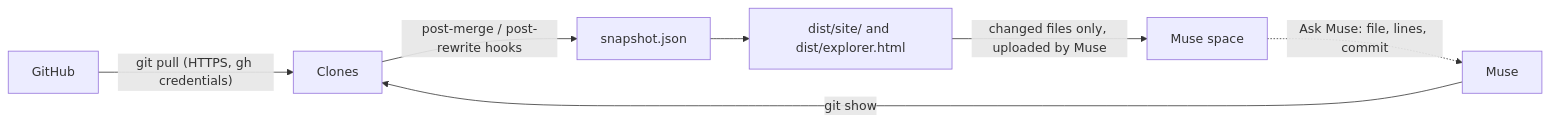
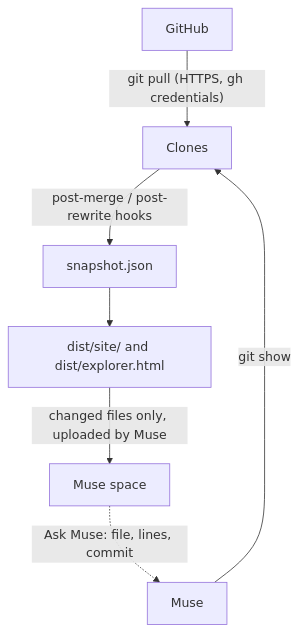
The diagram in docs/architecture.md (masato-umeno/muse-repo-explorer), drawn with Mermaid before and after one commit. The commit also changed 1 other file, not shown here.

Commit message:
Explorer: keep sticky offsets in sync with the header height; docs: vertical data-flow diagram

````diff
--- a/docs/architecture.md
+++ b/docs/architecture.md
@@ -14,9 +14,9 @@
 ```mermaid
-flowchart LR
+flowchart TB
   GH[GitHub] -- "git pull (HTTPS, gh credentials)" --> CL[Clones]
   CL -- "post-merge / post-rewrite hooks" --> SN[snapshot.json]
   SN --> DI["dist/site/ and dist/explorer.html"]
   DI -- "changed files only, uploaded by Muse" --> SP[Muse space]
   SP -. "Ask Muse: file, lines, commit" .-> MU[Muse]
   MU -- "git show" --> CL
 ```
````
